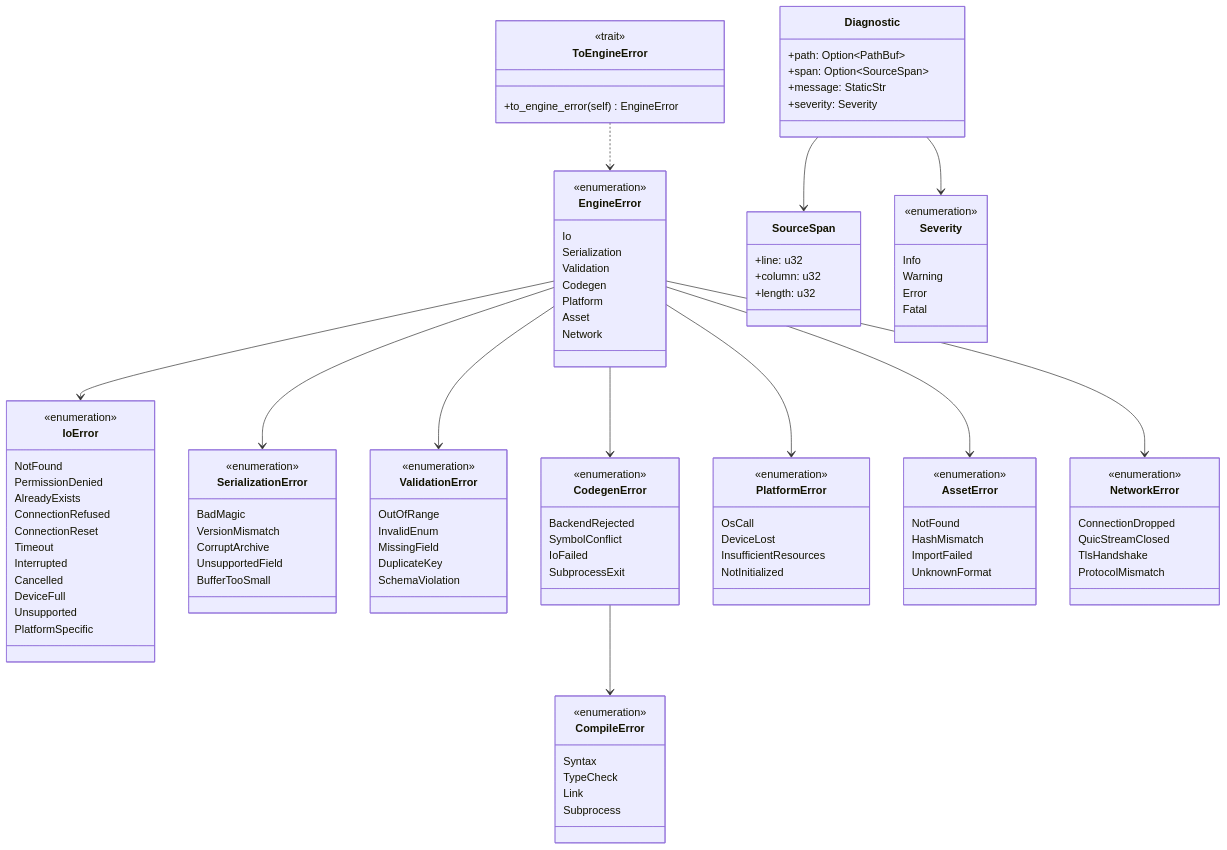
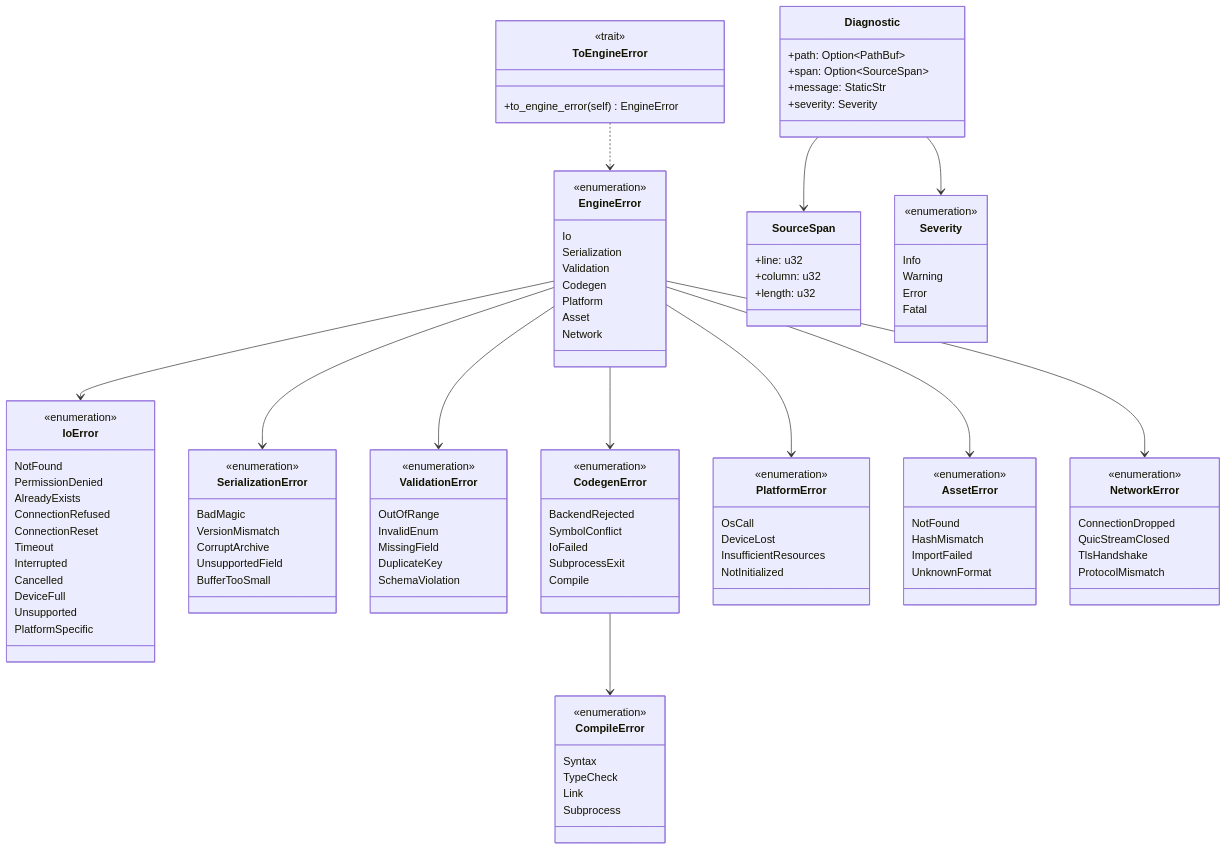
Before and after one commit to harmonius-dev/harmonius: the first of 3 diagrams in docs/design/core-runtime/error.md, drawn with Mermaid. The commit also changed other lines of this file and 4 other files, not shown here.

```diff
--- a/docs/design/core-runtime/error.md
+++ b/docs/design/core-runtime/error.md
@@ -104,6 +114,7 @@
         SymbolConflict
         IoFailed
         SubprocessExit
+        Compile
     }
 
     class CompileError {
```
